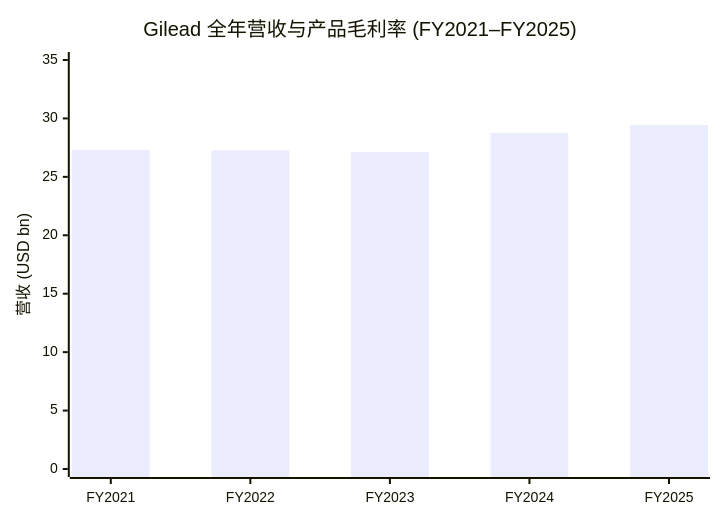
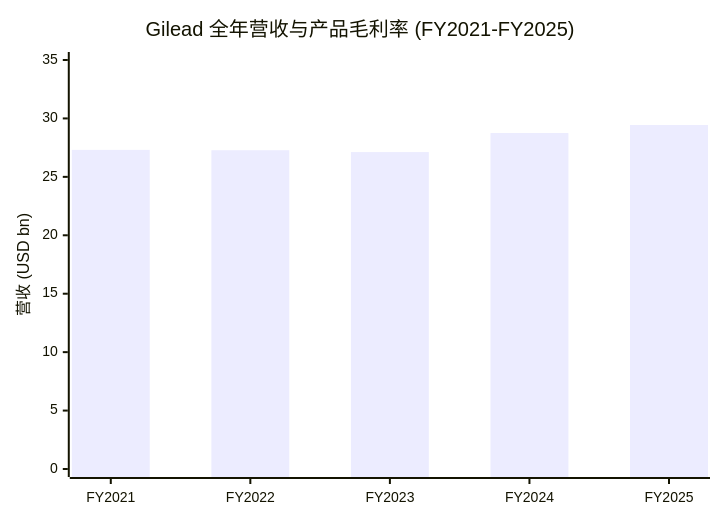
Before and after one commit to dadachundan/financial_agent: the first of 6 diagrams in reports/company/Gilead_NASDAQ_GILD/Gilead_NASDAQ_GILD_公司研究.md, drawn with Mermaid. The commit also changed other lines of this file and 9 other files, not shown here.

First line of the commit message:
feat(company-research): refresh Gilead (GILD) to current spec — decision layer + full chart suite

````diff
--- a/reports/company/Gilead_NASDAQ_GILD/Gilead_NASDAQ_GILD_公司研究.md
+++ b/reports/company/Gilead_NASDAQ_GILD/Gilead_NASDAQ_GILD_公司研究.md
@@ -38,8 +266,8 @@
 ```mermaid
 xychart-beta
-    title "Gilead 全年营收与产品毛利率 (FY2021–FY2025)"
+    title "Gilead 全年营收与产品毛利率 (FY2021-FY2025)"
     x-axis [FY2021, FY2022, FY2023, FY2024, FY2025]
     y-axis "营收 (USD bn)" 0 --> 35
     bar [27.31, 27.28, 27.12, 28.75, 29.44]
     line [80.5, 79.0, 78.2, 78.2, 78.4]
 ```
````
